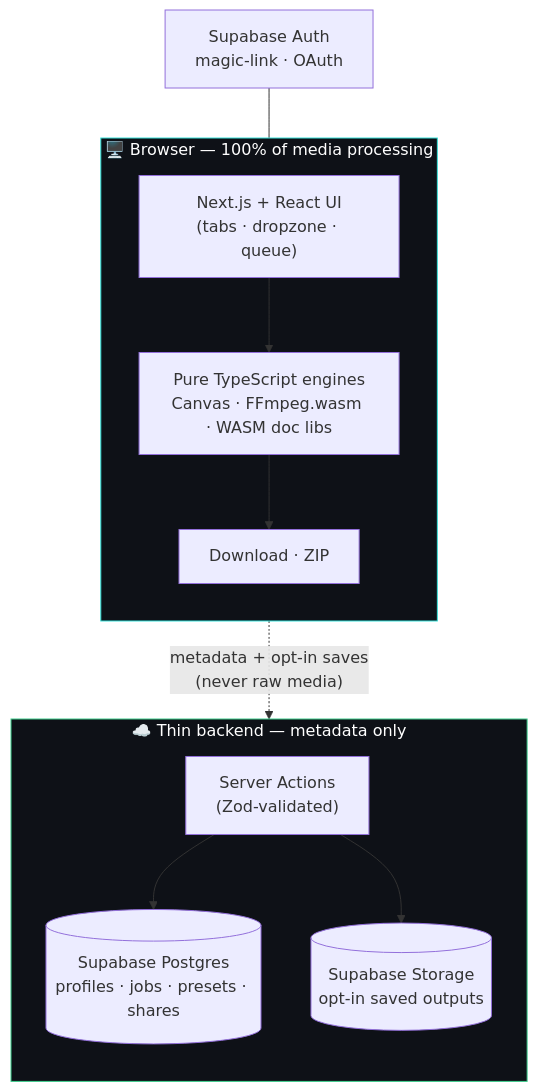
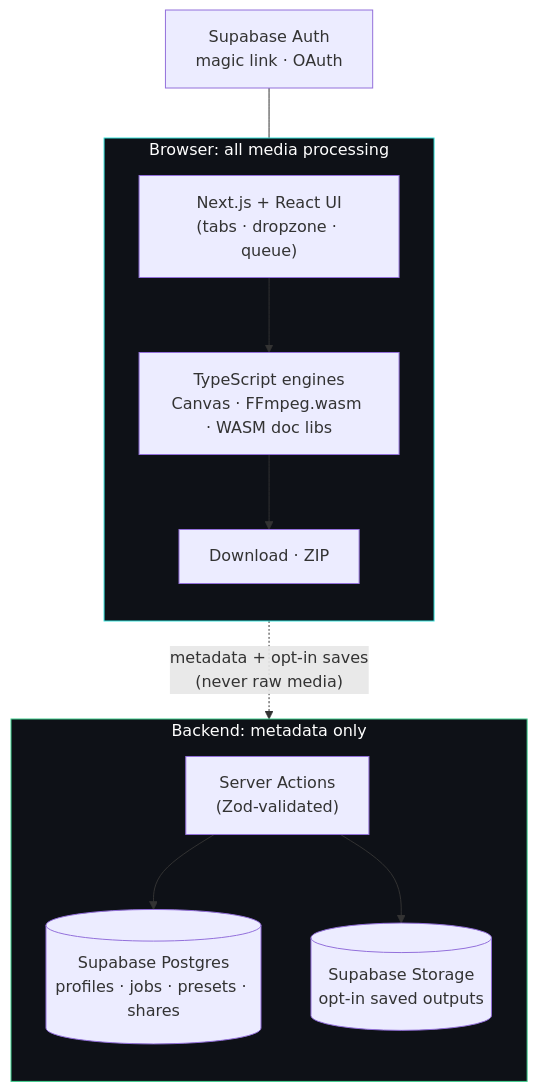
Before and after one commit to Premchand006/ProxiPixel: the first of 4 diagrams in README.md, drawn with Mermaid. The commit also changed other lines of this file and 71 other files, not shown here.

````diff
--- a/README.md
+++ b/README.md
@@ -67,27 +53,27 @@
 ```mermaid
 flowchart TB
-    subgraph Browser["🖥️ Browser — 100% of media processing"]
+    subgraph Browser["Browser: all media processing"]
         direction TB
         UI["Next.js + React UI<br/>(tabs · dropzone · queue)"]
-        ENG["Pure TypeScript engines<br/>Canvas · FFmpeg.wasm · WASM doc libs"]
+        ENG["TypeScript engines<br/>Canvas · FFmpeg.wasm · WASM doc libs"]
         UI --> ENG
         ENG --> OUT["Download · ZIP"]
     end
 
-    subgraph Backend["☁️ Thin backend — metadata only"]
+    subgraph Backend["Backend: metadata only"]
         direction TB
         SA["Server Actions<br/>(Zod-validated)"]
         DB[("Supabase Postgres<br/>profiles · jobs · presets · shares")]
         ST[("Supabase Storage<br/>opt-in saved outputs")]
         SA --> DB
         SA --> ST
     end
 
     UI -. "metadata + opt-in saves<br/>(never raw media)" .-> SA
-    Auth["Supabase Auth<br/>magic-link · OAuth"] --- UI
+    Auth["Supabase Auth<br/>magic link · OAuth"] --- UI
 
     classDef browser fill:#0e1117,stroke:#34e0d8,color:#fff
     classDef backend fill:#0e1117,stroke:#3fcf8e,color:#fff
     class Browser browser
     class Backend backend
 ```
````
